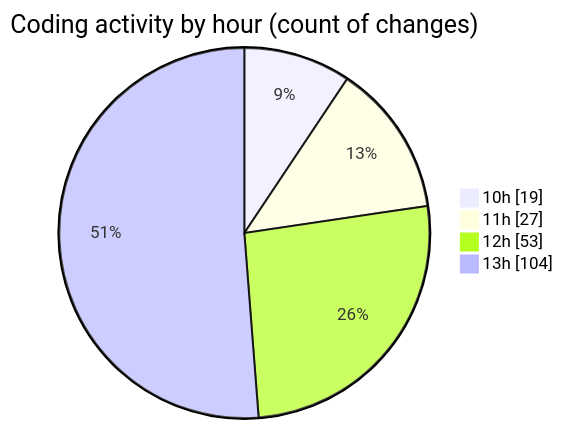
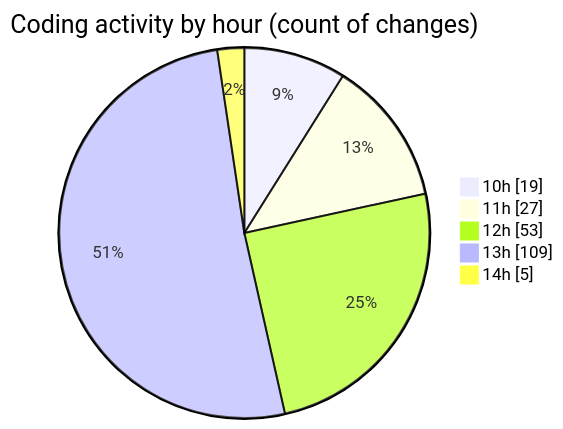
Before and after one commit to momahboobian/code-tracking: the second of 2 diagrams in 2025-03-18/cda/README.md, drawn with Mermaid. The commit also changed other lines of this file and 1 other file, not shown here.

````diff
--- a/2025-03-18/cda/README.md
+++ b/2025-03-18/cda/README.md
@@ -42,8 +42,9 @@
 ```mermaid
 pie showData
 title Coding activity by hour (count of changes)
 "10h" : 19
 "11h" : 27
 "12h" : 53
-"13h" : 104
+"13h" : 109
+"14h" : 5
 ```
````
